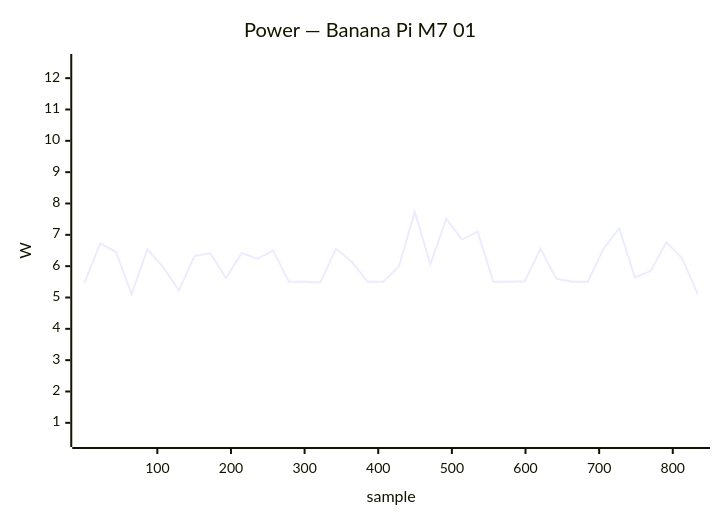
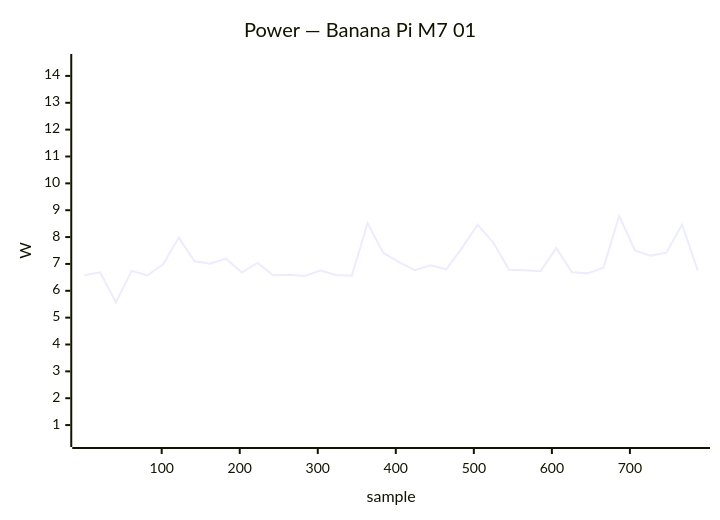
The tenth of 41 diagrams in docs/status/board-tests.md (armbian/documentation), drawn with Mermaid before and after one commit. The commit also changed other lines of this file, not shown here.

````diff
--- a/docs/status/board-tests.md
+++ b/docs/status/board-tests.md
@@ -314,7 +394,7 @@
 ```mermaid
 xychart-beta
     title "Power — Banana Pi M7 01"
-    x-axis "sample" 1 --> 834
-    y-axis "W" 0.5 --> 12.5
-    line [5.47, 6.73, 6.46, 5.10, 6.54, 5.97, 5.23, 6.32, 6.42, 5.62, 6.42, 6.24, 6.50, 5.50, 5.50, 5.48, 6.56, 6.14, 5.50, 5.50, 5.99, 7.74, 6.06, 7.52, 6.85, 7.10, 5.50, 5.50, 5.52, 6.56, 5.60, 5.50, 5.50, 6.55, 7.21, 5.64, 5.85, 6.76, 6.25, 5.10]
+    x-axis "sample" 1 --> 787
+    y-axis "W" 0.5 --> 14.5
+    line [6.58, 6.69, 5.57, 6.74, 6.57, 6.99, 7.98, 7.10, 7.01, 7.20, 6.68, 7.04, 6.58, 6.60, 6.55, 6.75, 6.59, 6.56, 8.52, 7.41, 7.07, 6.77, 6.95, 6.80, 7.59, 8.46, 7.79, 6.78, 6.76, 6.73, 7.59, 6.69, 6.65, 6.86, 8.79, 7.50, 7.31, 7.42, 8.46, 6.75]
 ```
````
